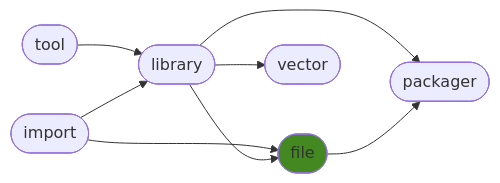
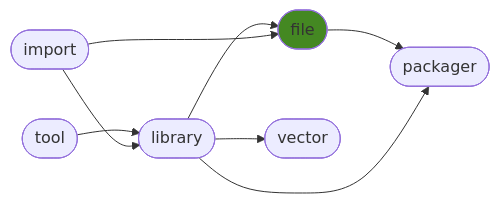
Before and after one commit to ManderaGeneral/generalfile: the diagram in README.md, drawn with Mermaid. The commit also changed other lines of this file, not shown here.

````diff
--- a/README.md
+++ b/README.md
@@ -24,17 +24,17 @@
 ```mermaid
 flowchart LR
+2([library]) --> 4([vector])
+1([tool]) --> 2([library])
+3([file]) --> 5([packager])
+2([library]) --> 3([file])
+0([import]) --> 2([library])
+0([import]) --> 3([file])
 2([library]) --> 5([packager])
-2([library]) --> 4([vector])
-3([file]) --> 5([packager])
-0([import]) --> 3([file])
-1([tool]) --> 2([library])
-0([import]) --> 2([library])
-2([library]) --> 3([file])
 click 0 "https://github.com/ManderaGeneral/generalimport"
 click 1 "https://github.com/ManderaGeneral/generaltool"
 click 2 "https://github.com/ManderaGeneral/generallibrary"
 click 3 "https://github.com/ManderaGeneral/generalfile"
 click 4 "https://github.com/ManderaGeneral/generalvector"
 click 5 "https://github.com/ManderaGeneral/generalpackager"
 style 3 fill:#482
 ```
````
